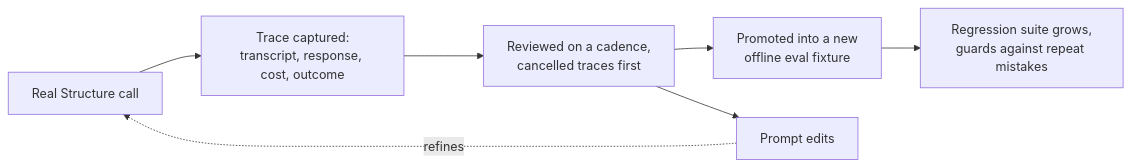
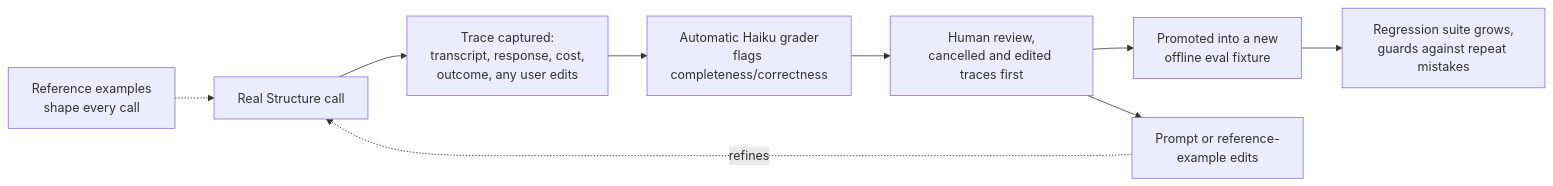
Before and after one commit to cottalucas/super-ramble: the third of 3 diagrams in README.md, drawn with Mermaid. The commit also changed other lines of this file and 1 other file, not shown here.

````diff
--- a/README.md
+++ b/README.md
@@ -101,9 +117,12 @@
 ```mermaid
 flowchart LR
-    A["Real Structure call"] --> B["Trace captured:<br/>transcript, response, cost, outcome"]
-    B --> C["Reviewed on a cadence,<br/>cancelled traces first"]
+    A["Real Structure call"]
+    RE["Reference examples<br/>shape every call"] -.-> A
+    A --> B["Trace captured:<br/>transcript, response, cost,<br/>outcome, any user edits"]
+    B --> G["Automatic Haiku grader<br/>flags completeness/correctness"]
+    G --> C["Human review,<br/>cancelled and edited traces first"]
     C --> D["Promoted into a new<br/>offline eval fixture"]
     D --> E["Regression suite grows,<br/>guards against repeat mistakes"]
-    C --> F["Prompt edits"]
+    C --> F["Prompt or reference-<br/>example edits"]
     F -.->|refines| A
 ```
````
